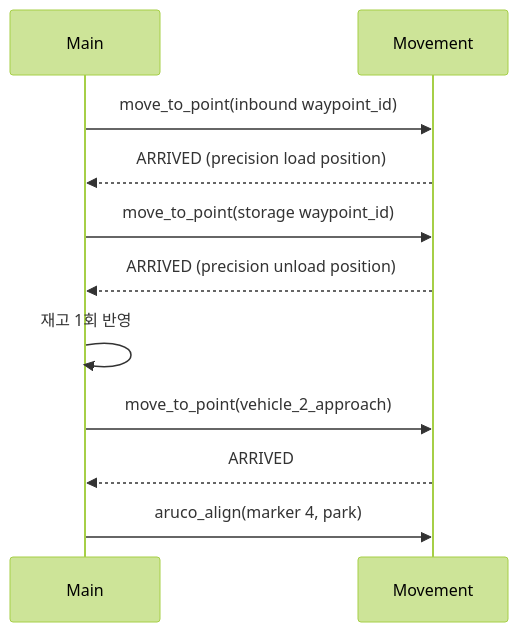
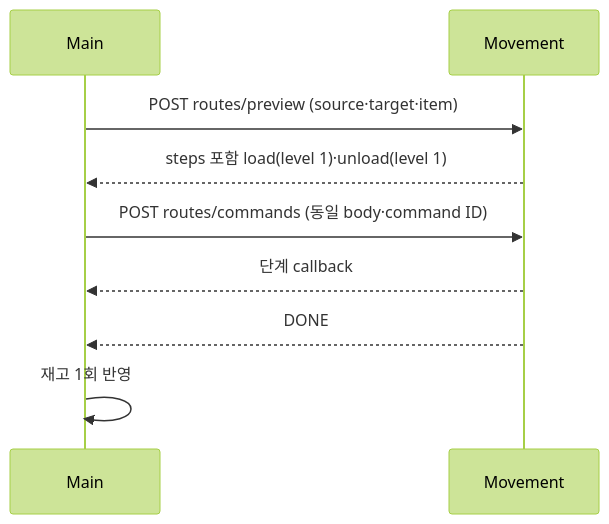
The third of 3 diagrams in main_server/docs/INTERFACES.md (eduwing-robotics/ros2-ai-amr-repo3), drawn with Mermaid (forest theme) before and after one commit. The commit also changed other lines of this file and 60 other files, not shown here.

````diff
--- a/main_server/docs/INTERFACES.md
+++ b/main_server/docs/INTERFACES.md
@@ -327,13 +370,11 @@
 ```mermaid
 sequenceDiagram
   participant Main
   participant MV as Movement
-  Main->>MV: move_to_point(inbound waypoint_id)
-  MV-->>Main: ARRIVED (precision load position)
-  Main->>MV: move_to_point(storage waypoint_id)
-  MV-->>Main: ARRIVED (precision unload position)
+  Main->>MV: POST routes/preview (source·target·item)
+  MV-->>Main: steps 포함 load(level 1)·unload(level 1)
+  Main->>MV: POST routes/commands (동일 body·command ID)
+  MV-->>Main: 단계 callback
+  MV-->>Main: DONE
   Main->>Main: 재고 1회 반영
-  Main->>MV: move_to_point(vehicle_2_approach)
-  MV-->>Main: ARRIVED
-  Main->>MV: aruco_align(marker 4, park)
 ```
````
